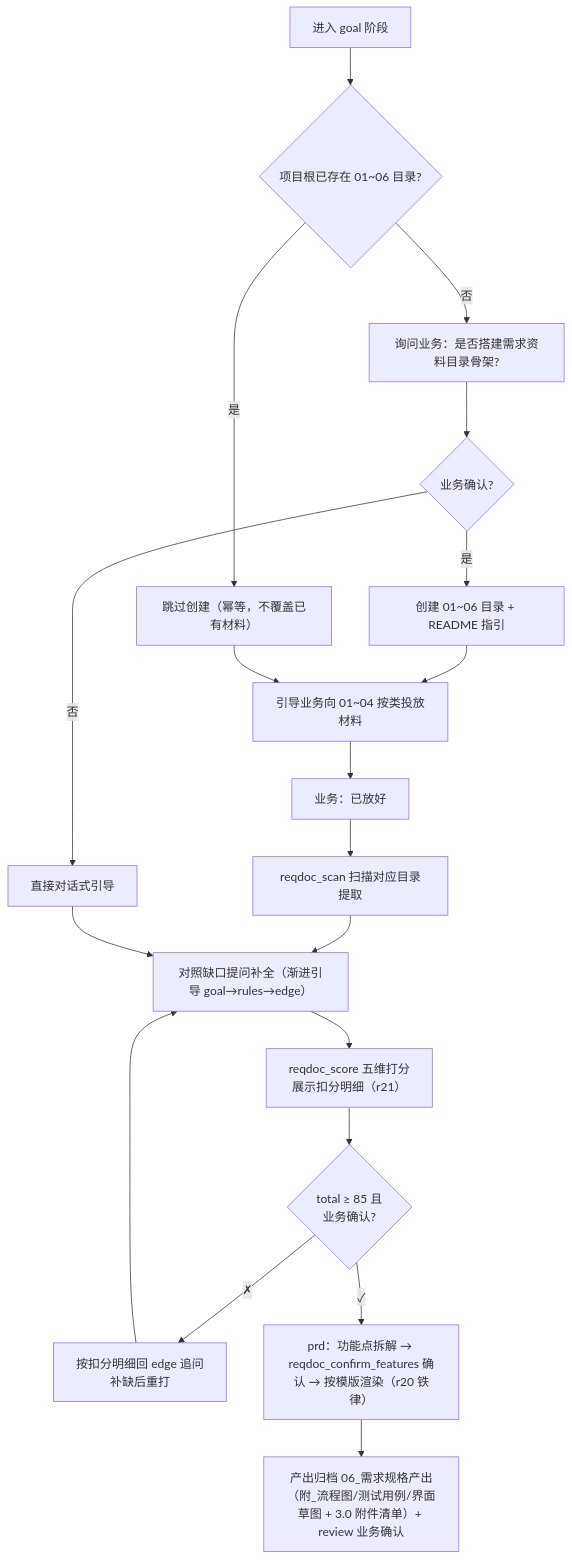
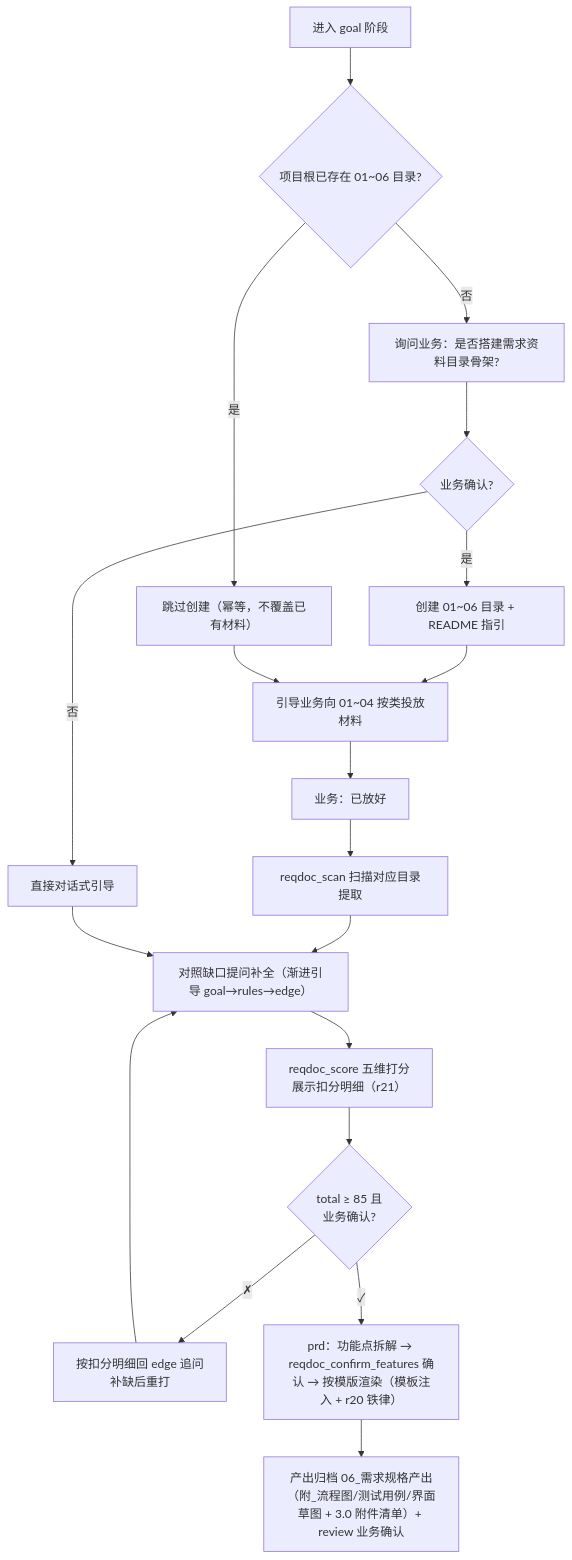
One commit to wonglaitung/opencode changed diagram 16 of 16 in opencode-session-mgmt/docs/session-management.md. Above: the diagram before and after it, drawn with Mermaid. The commit also changed other lines of this file and 11 other files, not shown here.

````diff
--- a/opencode-session-mgmt/docs/session-management.md
+++ b/opencode-session-mgmt/docs/session-management.md
@@ -1466,21 +1476,21 @@
 ```mermaid
 flowchart TD
     A["进入 goal 阶段"] --> B{"项目根已存在 01~06 目录?"}
     B -- "否" --> C["询问业务：是否搭建需求资料目录骨架?"]
     C --> D{"业务确认?"}
     D -- "是" --> E["创建 01~06 目录 + README 指引"]
     D -- "否" --> F["直接对话式引导"]
     B -- "是" --> G["跳过创建（幂等，不覆盖已有材料）"]
     E --> H["引导业务向 01~04 按类投放材料"]
     G --> H
     H --> I["业务：已放好"]
     I --> J["reqdoc_scan 扫描对应目录提取"]
     J --> K["对照缺口提问补全（渐进引导 goal→rules→edge）"]
     F --> K
     K --> S["reqdoc_score 五维打分<br/>展示扣分明细（r21）"]
     S --> SG{"total ≥ 85 且<br/>业务确认?"}
     SG -->|"✗"| K2["按扣分明细回 edge 追问<br/>补缺后重打"]
     K2 --> K
-    SG -->|"✓"| L["prd：功能点拆解 → reqdoc_confirm_features 确认 → 按模版渲染（r20 铁律）"]
+    SG -->|"✓"| L["prd：功能点拆解 → reqdoc_confirm_features 确认 → 按模版渲染（模板注入 + r20 铁律）"]
     L --> M["产出归档 06_需求规格产出（附_流程图/测试用例/界面草图 + 3.0 附件清单）+ review 业务确认"]
 ```
````
